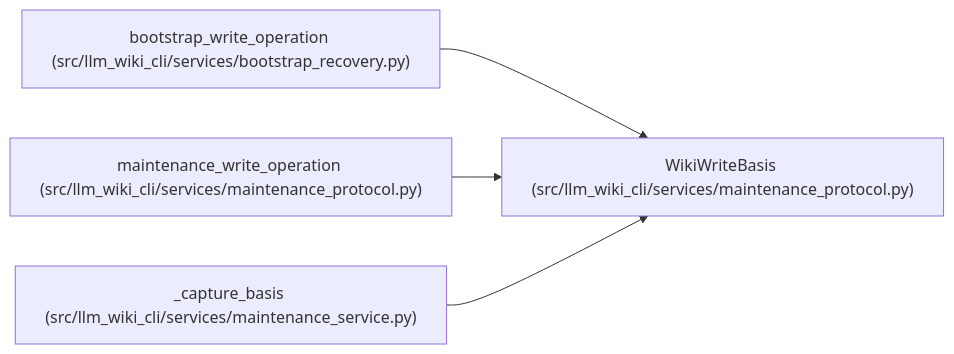
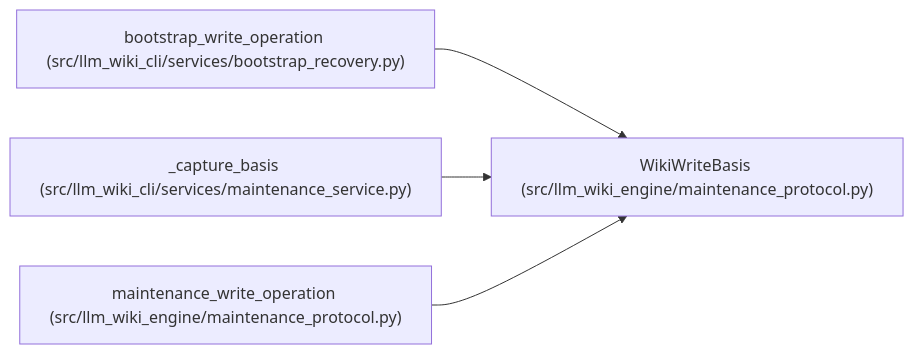
The diagram in docs/llm_wiki/entities/WikiWriteBasis.md (Denissvgn/python-wiki-llm), drawn with Mermaid before and after one commit. The commit also changed other lines of this file and 1058 other files, not shown here.

````diff
--- a/docs/llm_wiki/entities/WikiWriteBasis.md
+++ b/docs/llm_wiki/entities/WikiWriteBasis.md
@@ -47,14 +47,14 @@
 ```mermaid
 flowchart LR
-    n0["WikiWriteBasis (src/llm_wiki_cli/services/maintenance_protocol.py)"]
+    n0["WikiWriteBasis (src/llm_wiki_engine/maintenance_protocol.py)"]
     n1["bootstrap_write_operation (src/llm_wiki_cli/services/bootstrap_recovery.py)"]
-    n2["maintenance_write_operation (src/llm_wiki_cli/services/maintenance_protocol.py)"]
-    n3["_capture_basis (src/llm_wiki_cli/services/maintenance_service.py)"]
+    n2["_capture_basis (src/llm_wiki_cli/services/maintenance_service.py)"]
+    n3["maintenance_write_operation (src/llm_wiki_engine/maintenance_protocol.py)"]
     n1 --> n0
     n2 --> n0
     n3 --> n0
     click n0 "../modules/maintenance_protocol.md"
     click n1 "../modules/bootstrap_recovery.md"
-    click n2 "../modules/maintenance_protocol.md"
-    click n3 "../modules/maintenance_service.md"
+    click n2 "../modules/maintenance_service.md"
+    click n3 "../modules/maintenance_protocol.md"
 ```
````
